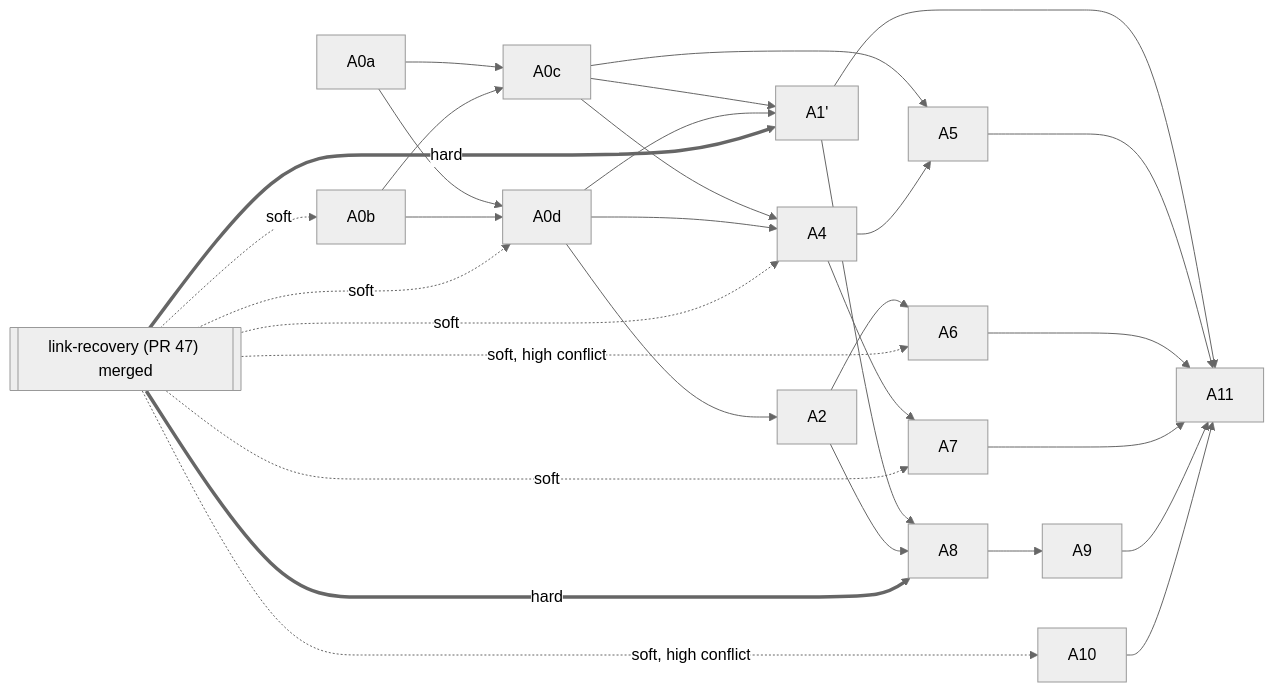
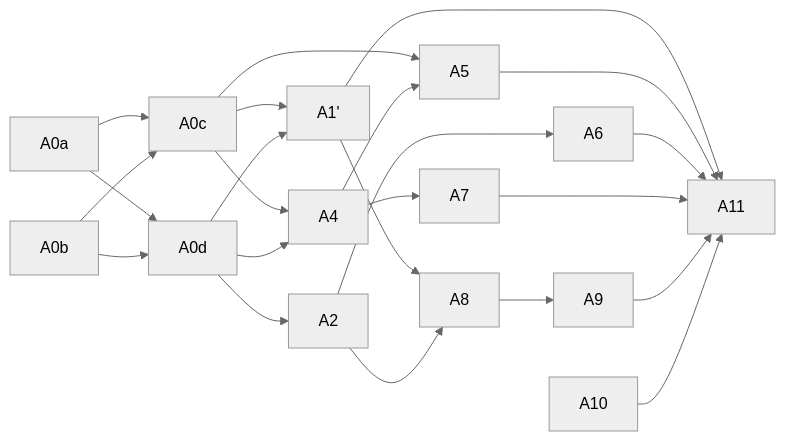
One commit to Rainnystone/larkent changed the diagram in docs/specs/automations/tickets/README.md. Above: the diagram before and after it, drawn with Mermaid (neutral theme). The commit also changed other lines of this file and 1 other file, not shown here.

````diff
--- a/docs/specs/automations/tickets/README.md
+++ b/docs/specs/automations/tickets/README.md
@@ -41,30 +38,21 @@
 ```mermaid
 graph LR
-  PR47[["link-recovery (PR 47) merged"]]
   A0a --> A0c
   A0b --> A0c
   A0a --> A0d
   A0b --> A0d
   A0c --> A1p["A1'"]
   A0d --> A1p
   A0d --> A2
   A0c --> A4
   A0d --> A4
   A0c --> A5
   A4 --> A5
   A2 --> A6
   A4 --> A7
   A1p --> A8
   A2 --> A8
   A8 --> A9
   A10
   A1p & A5 & A6 & A7 & A9 & A10 --> A11
-  PR47 ==>|hard| A1p
-  PR47 ==>|hard| A8
-  PR47 -.->|soft, high conflict| A6
-  PR47 -.->|soft, high conflict| A10
-  PR47 -.->|soft| A0b
-  PR47 -.->|soft| A0d
-  PR47 -.->|soft| A4
-  PR47 -.->|soft| A7
 ```
````
